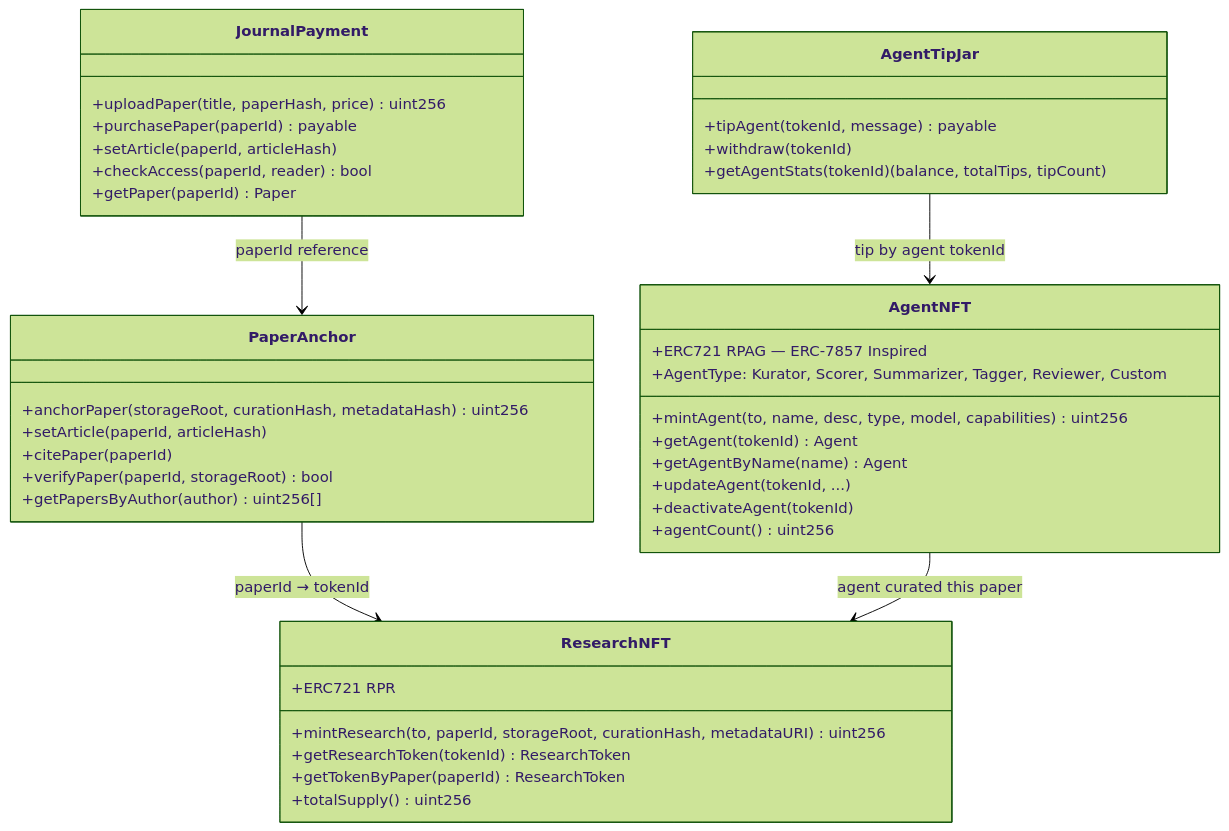
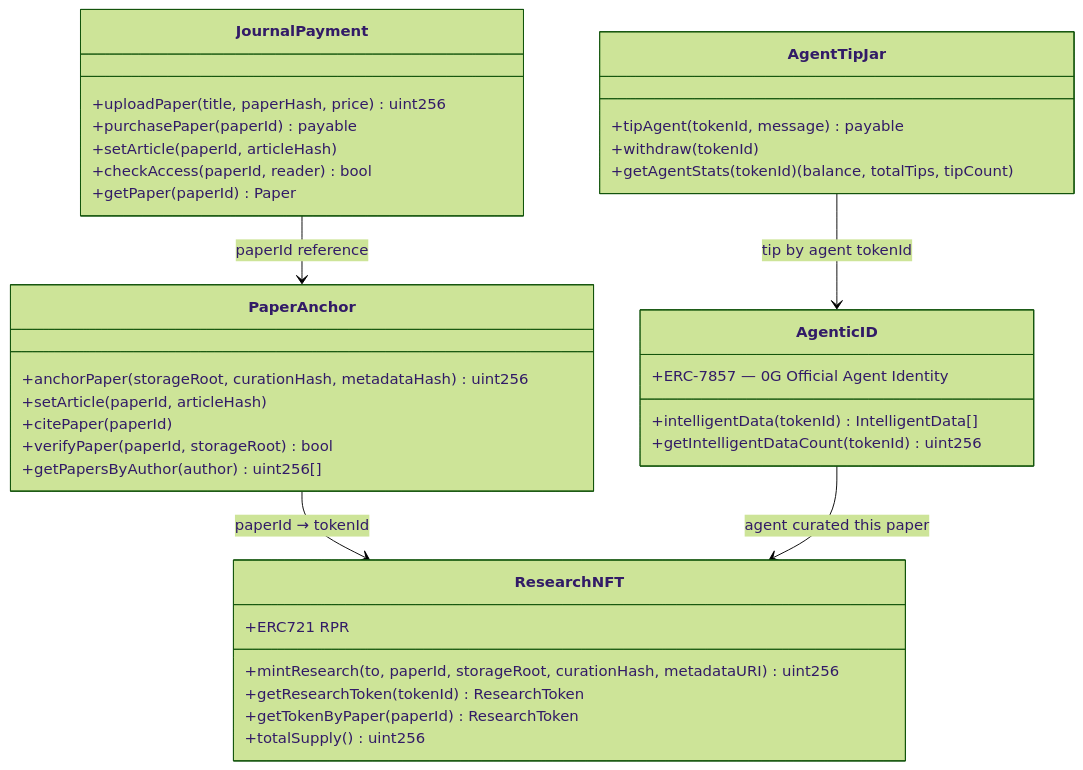
Before and after one commit to dwlpra/rumah-peneliti: the fourth of 5 diagrams in README.md, drawn with Mermaid (forest theme). The commit also changed other lines of this file, not shown here.

First line of the commit message:
docs: update README — remove AgentNFT, consolidate to 0G Agentic ID (ERC-7857)

````diff
--- a/README.md
+++ b/README.md
@@ -326,48 +320,43 @@
 ```mermaid
 classDiagram
     class JournalPayment {
         +uploadPaper(title, paperHash, price) uint256
         +purchasePaper(paperId) payable
         +setArticle(paperId, articleHash)
         +checkAccess(paperId, reader) bool
         +getPaper(paperId) Paper
     }
 
     class PaperAnchor {
         +anchorPaper(storageRoot, curationHash, metadataHash) uint256
         +setArticle(paperId, articleHash)
         +citePaper(paperId)
         +verifyPaper(paperId, storageRoot) bool
         +getPapersByAuthor(author) uint256[]
     }
 
     class ResearchNFT {
         +ERC721 RPR
         +mintResearch(to, paperId, storageRoot, curationHash, metadataURI) uint256
         +getResearchToken(tokenId) ResearchToken
         +getTokenByPaper(paperId) ResearchToken
         +totalSupply() uint256
     }
 
-    class AgentNFT {
-        +ERC721 RPAG — ERC-7857 Inspired
-        +mintAgent(to, name, desc, type, model, capabilities) uint256
-        +getAgent(tokenId) Agent
-        +getAgentByName(name) Agent
-        +updateAgent(tokenId, ...)
-        +deactivateAgent(tokenId)
-        +agentCount() uint256
-        +AgentType: Kurator, Scorer, Summarizer, Tagger, Reviewer, Custom
+    class AgenticID {
+        +ERC-7857 — 0G Official Agent Identity
+        +intelligentData(tokenId) IntelligentData[]
+        +getIntelligentDataCount(tokenId) uint256
     }
 
     class AgentTipJar {
         +tipAgent(tokenId, message) payable
         +withdraw(tokenId)
         +getAgentStats(tokenId) (balance, totalTips, tipCount)
     }
 
     JournalPayment --> PaperAnchor : paperId reference
     PaperAnchor --> ResearchNFT : paperId → tokenId
-    AgentNFT --> ResearchNFT : agent curated this paper
-    AgentTipJar --> AgentNFT : tip by agent tokenId
+    AgenticID --> ResearchNFT : agent curated this paper
+    AgentTipJar --> AgenticID : tip by agent tokenId
 ```
````
